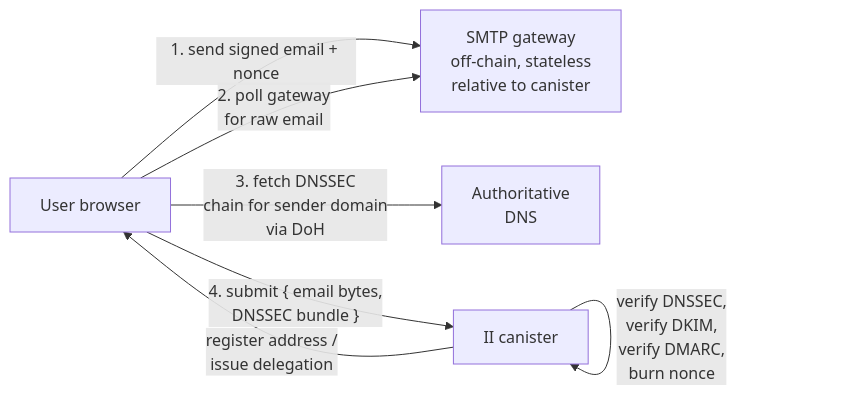
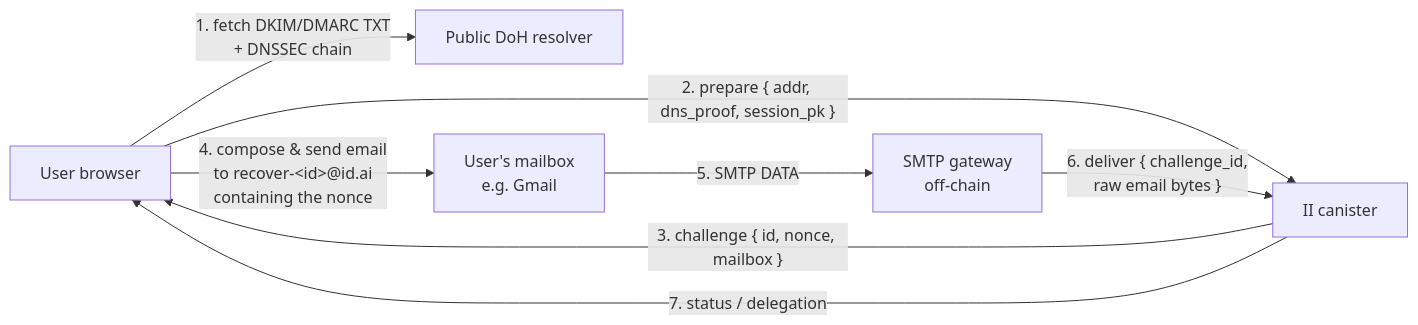
The first of 3 diagrams in docs/ongoing/email-recovery.md (dfinity/internet-identity), drawn with Mermaid before and after one commit. The commit also changed other lines of this file, not shown here.

First line of the commit message:
docs(email-recovery): correct architecture — gateway delivers to canister

````diff
--- a/docs/ongoing/email-recovery.md
+++ b/docs/ongoing/email-recovery.md
@@ -112,9 +112,16 @@
 ```mermaid
 flowchart LR
-    User[User browser] -- "1. send signed email + nonce" --> MX[SMTP gateway<br/>off-chain, stateless<br/>relative to canister]
-    User -- "2. poll gateway<br/>for raw email" --> MX
-    User -- "3. fetch DNSSEC<br/>chain for sender domain<br/>via DoH" --> DNS[Authoritative<br/>DNS]
-    User -- "4. submit { email bytes,<br/>DNSSEC bundle }" --> II[II canister]
-    II -- "verify DNSSEC,<br/>verify DKIM,<br/>verify DMARC,<br/>burn nonce" --> II
-    II -- "register address /<br/>issue delegation" --> User
+    User[User browser]
+    DNS[Public DoH resolver]
+    II[II canister]
+    Mail[User's mailbox<br/>e.g. Gmail]
+    GW[SMTP gateway<br/>off-chain]
+
+    User -- "1. fetch DKIM/DMARC TXT<br/>+ DNSSEC chain" --> DNS
+    User -- "2. prepare { addr, dns_proof, session_pk }" --> II
+    II -- "3. challenge { id, nonce, mailbox }" --> User
+    User -- "4. compose & send email<br/>to recover-&lt;id&gt;@id.ai<br/>containing the nonce" --> Mail
+    Mail -- "5. SMTP DATA" --> GW
+    GW -- "6. deliver { challenge_id,<br/>raw email bytes }" --> II
+    II -- "7. status / delegation" --> User
 ```
````
